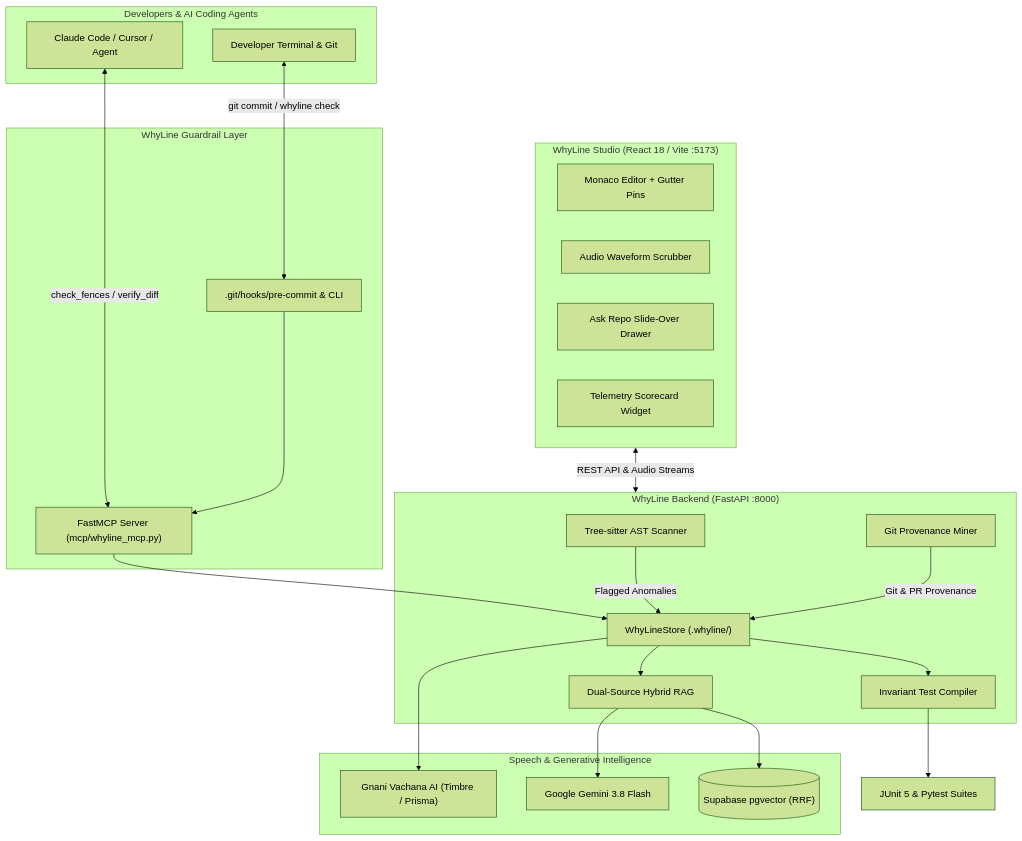
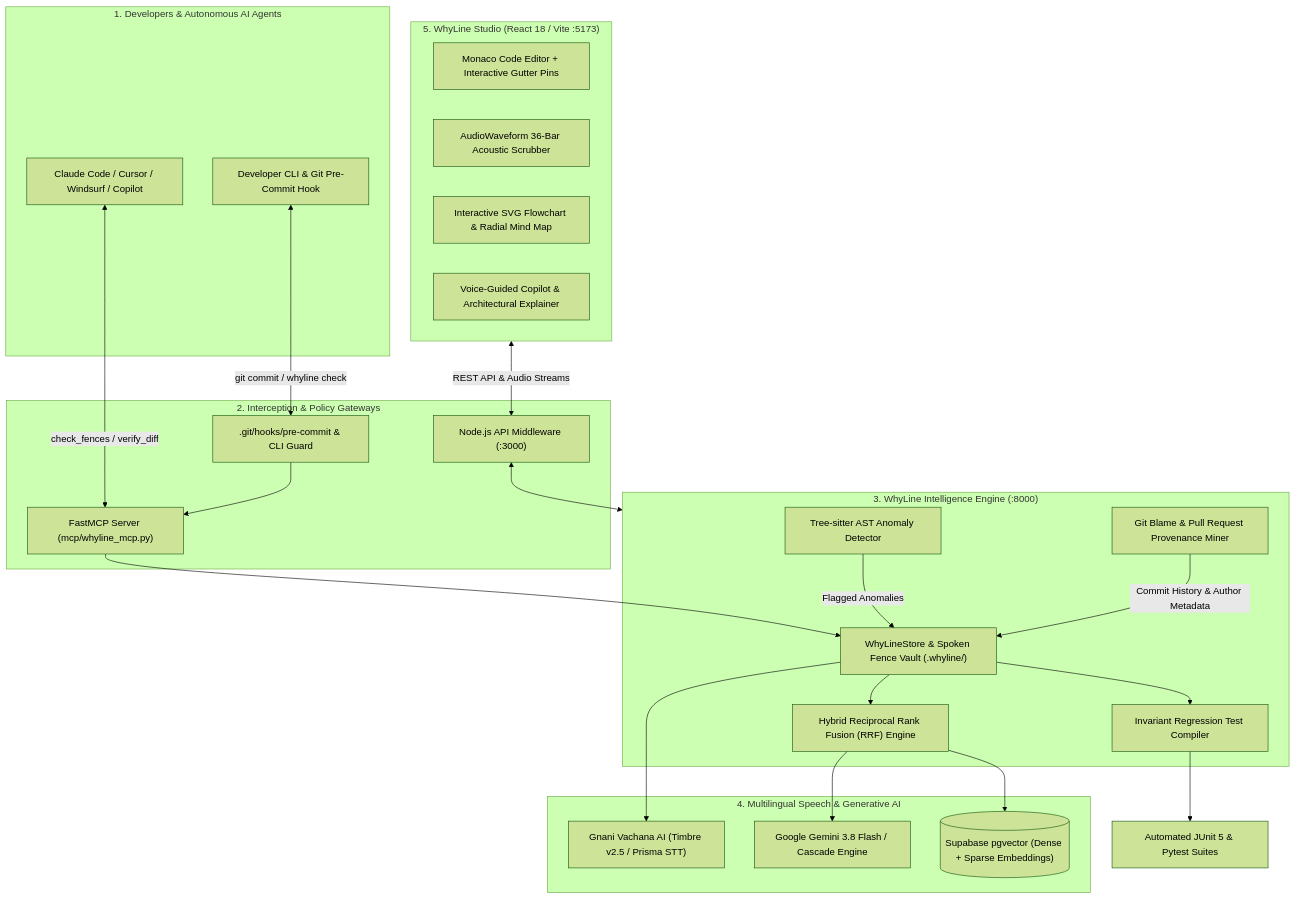
Before and after one commit to Anjanikumarkarlapati/Whyline: the diagram in README.md, drawn with Mermaid (forest theme). The commit also changed other lines of this file and 1 other file, not shown here.

Commit message:
docs(readme): upgrade to executive-grade documentation with architecture, sub-50ms benchmarks & zero-secret guarantee

````diff
--- a/README.md
+++ b/README.md
@@ -44,50 +46,51 @@
 ```mermaid
 flowchart TB
-    subgraph Clients ["Developers & AI Coding Agents"]
-        CLAUDE["Claude Code / Cursor / Agent"]
-        DEV["Developer Terminal & Git"]
+    subgraph Clients ["1. Developers & Autonomous AI Agents"]
+        CLAUDE["Claude Code / Cursor / Windsurf / Copilot"]
+        DEV["Developer CLI & Git Pre-Commit Hook"]
     end
 
-    subgraph Guardrails ["WhyLine Guardrail Layer"]
+    subgraph Guardrails ["2. Interception & Policy Gateways"]
         MCP["FastMCP Server (mcp/whyline_mcp.py)"]
-        HOOK[".git/hooks/pre-commit & CLI"]
+        HOOK[".git/hooks/pre-commit & CLI Guard"]
+        GATEWAY["Node.js API Middleware (:3000)"]
     end
 
-    subgraph CoreBackend ["WhyLine Backend (FastAPI :8000)"]
-        AST["Tree-sitter AST Scanner"]
-        PROV["Git Provenance Miner"]
-        STORE["WhyLineStore (.whyline/)"]
-        RAG["Dual-Source Hybrid RAG"]
-        TESTGEN["Invariant Test Compiler"]
+    subgraph CoreBackend ["3. WhyLine Intelligence Engine (:8000)"]
+        AST["Tree-sitter AST Anomaly Detector"]
+        PROV["Git Blame & Pull Request Provenance Miner"]
+        STORE["WhyLineStore & Spoken Fence Vault (.whyline/)"]
+        RAG["Hybrid Reciprocal Rank Fusion (RRF) Engine"]
+        TESTGEN["Invariant Regression Test Compiler"]
     end
 
-    subgraph SpeechAI ["Speech & Generative Intelligence"]
-        GNANI["Gnani Vachana AI (Timbre / Prisma)"]
-        GEMINI["Google Gemini 3.8 Flash"]
-        PGV[("Supabase pgvector (RRF)")]
+    subgraph CloudAI ["4. Multilingual Speech & Generative AI"]
+        GNANI["Gnani Vachana AI (Timbre v2.5 / Prisma STT)"]
+        GEMINI["Google Gemini 3.8 Flash / Cascade Engine"]
+        PGV[("Supabase pgvector (Dense + Sparse Embeddings)")]
     end
 
-    subgraph FrontendStudio ["WhyLine Studio (React 18 / Vite :5173)"]
-        MONACO["Monaco Editor + Gutter Pins"]
-        WAVE["Audio Waveform Scrubber"]
-        DRAWER["Ask Repo Slide-Over Drawer"]
-        SCORE["Telemetry Scorecard Widget"]
+    subgraph StudioUI ["5. WhyLine Studio (React 18 / Vite :5173)"]
+        MONACO["Monaco Code Editor + Interactive Gutter Pins"]
+        WAVE["AudioWaveform 36-Bar Acoustic Scrubber"]
+        FLOWCHART["Interactive SVG Flowchart & Radial Mind Map"]
+        COPILOT["Voice-Guided Copilot & Architectural Explainer"]
     end
 
     CLAUDE <-->|check_fences / verify_diff| MCP
     DEV <-->|git commit / whyline check| HOOK
     HOOK --> MCP
     MCP --> STORE
 
+    GATEWAY <--> CoreBackend
+    StudioUI <-->|REST API & Audio Streams| GATEWAY
+
     AST -->|Flagged Anomalies| STORE
-    PROV -->|Git & PR Provenance| STORE
+    PROV -->|Commit History & Author Metadata| STORE
     STORE --> RAG
     RAG --> GEMINI
     RAG --> PGV
     STORE --> GNANI
-
     STORE --> TESTGEN
-    TESTGEN --> JUNIT["JUnit 5 & Pytest Suites"]
-
-    FrontendStudio <-->|REST API & Audio Streams| CoreBackend
+    TESTGEN --> JUNIT["Automated JUnit 5 & Pytest Suites"]
 ```
````
